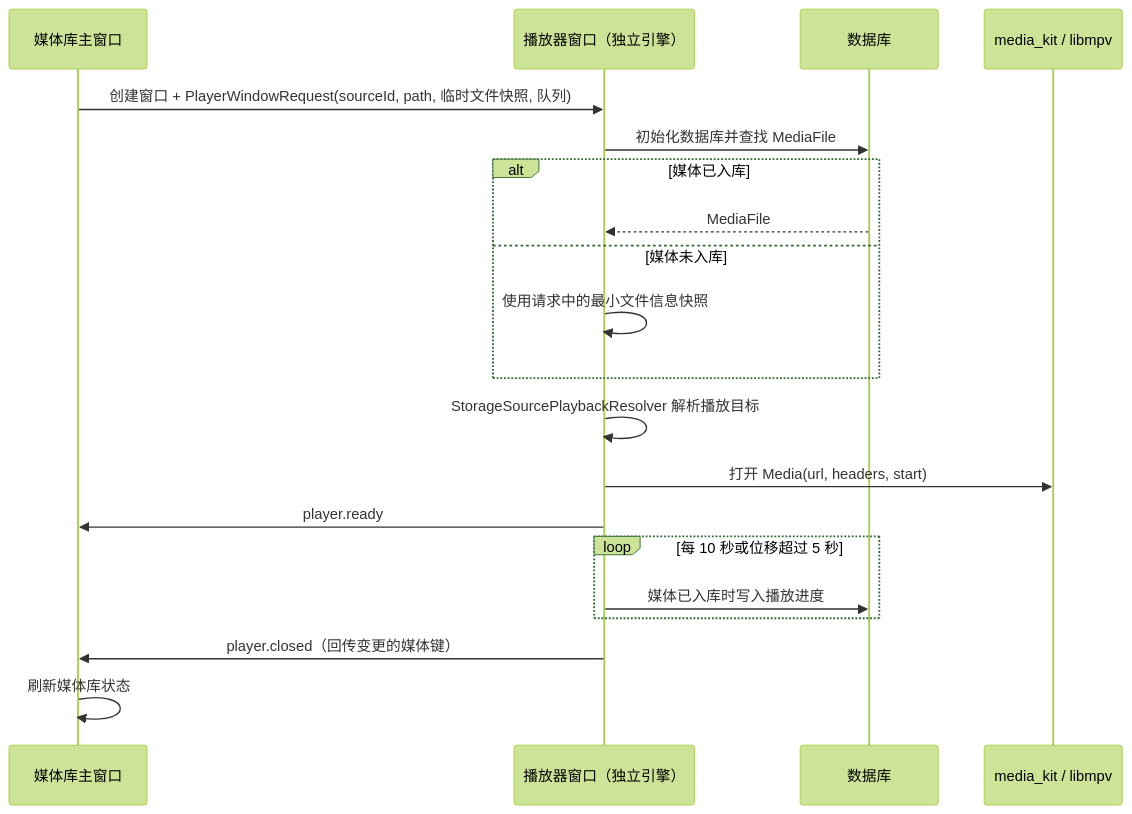
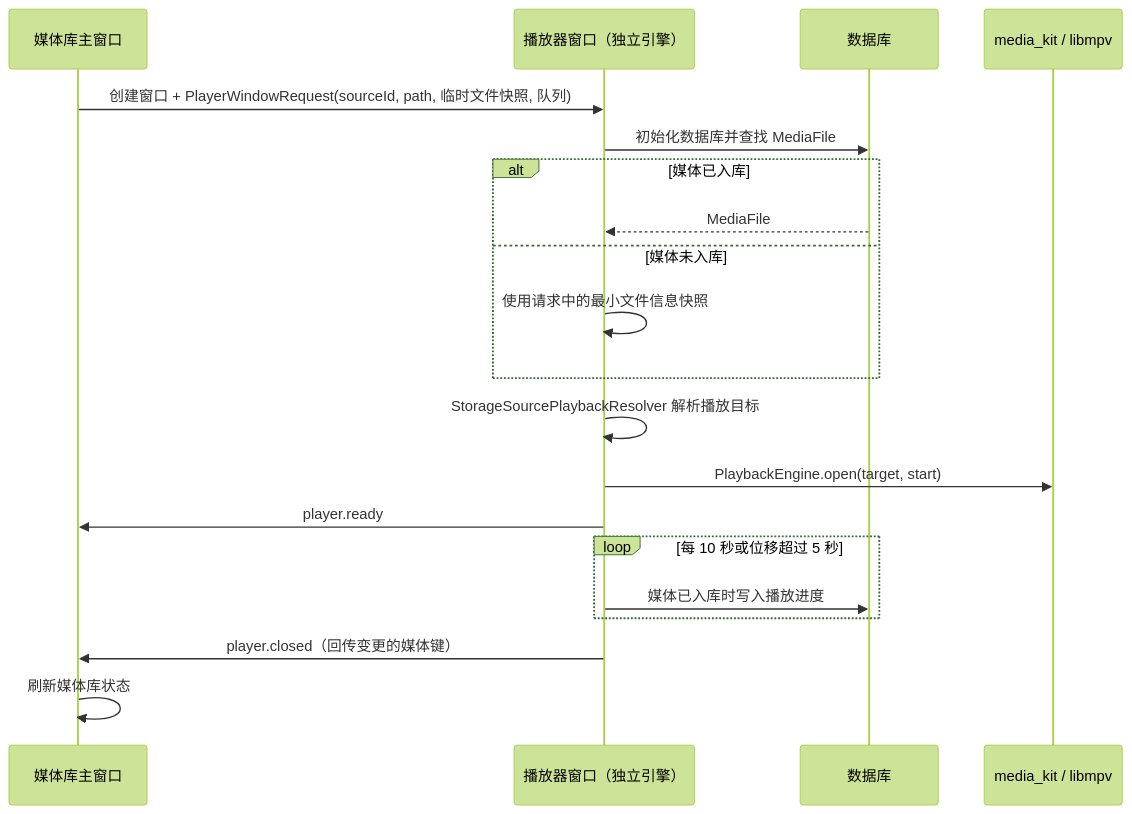
One commit to sen-to/mochi_player changed the diagram in docs/architecture/playback.md. Above: the diagram before and after it, drawn with Mermaid (forest theme). The commit also changed other lines of this file and 20 other files, not shown here.

````diff
--- a/docs/architecture/playback.md
+++ b/docs/architecture/playback.md
@@ -5,22 +5,22 @@
 ```mermaid
 sequenceDiagram
   participant UI as 媒体库主窗口
   participant MW as 播放器窗口（独立引擎）
   participant DB as 数据库
   participant MPV as media_kit / libmpv
   UI->>MW: 创建窗口 + PlayerWindowRequest(sourceId, path, 临时文件快照, 队列)
   MW->>DB: 初始化数据库并查找 MediaFile
   alt 媒体已入库
     DB-->>MW: MediaFile
   else 媒体未入库
     MW->>MW: 使用请求中的最小文件信息快照
   end
   MW->>MW: StorageSourcePlaybackResolver 解析播放目标
-  MW->>MPV: 打开 Media(url, headers, start)
+  MW->>MPV: PlaybackEngine.open(target, start)
   MW->>UI: player.ready
   loop 每 10 秒或位移超过 5 秒
     MW->>DB: 媒体已入库时写入播放进度
   end
   MW->>UI: player.closed（回传变更的媒体键）
   UI->>UI: 刷新媒体库状态
 ```
````
